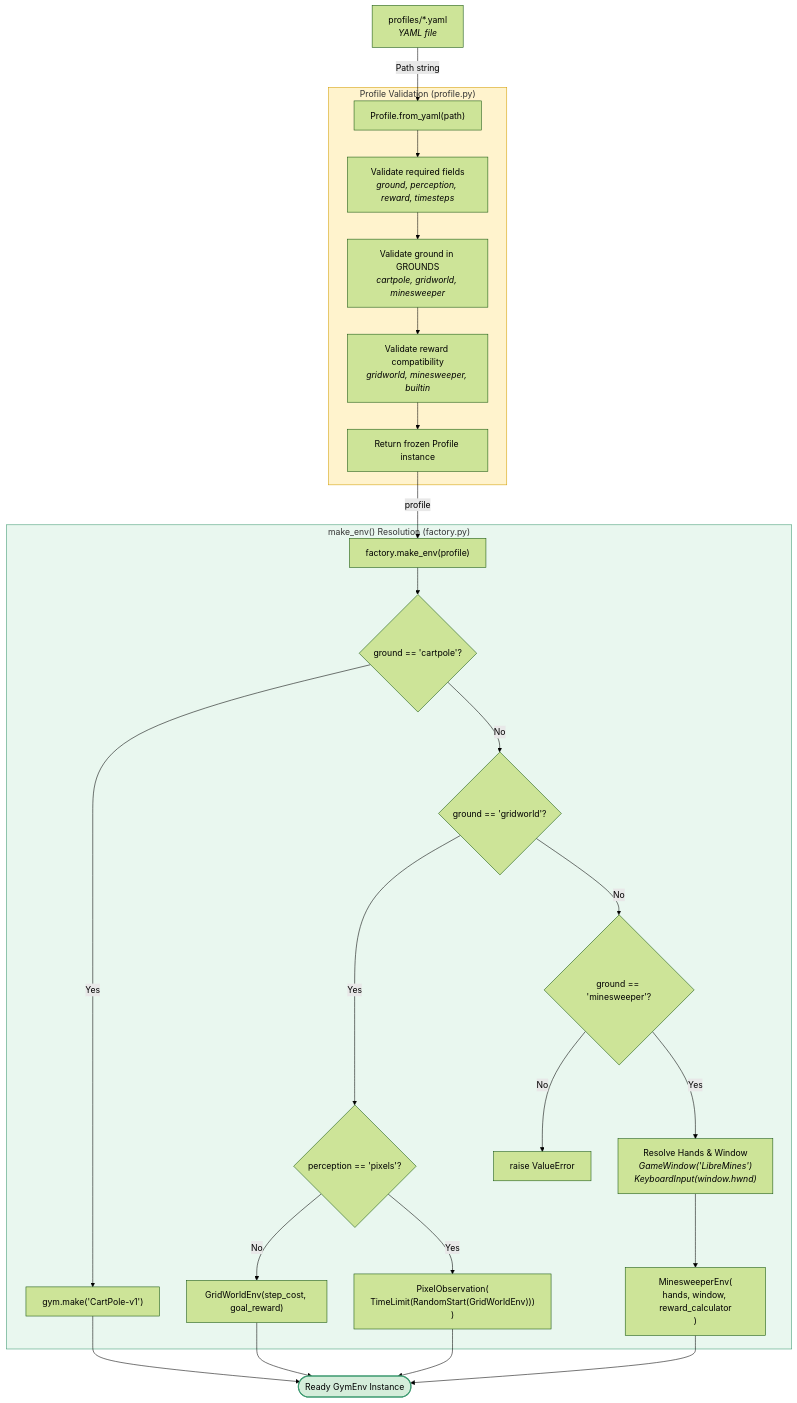
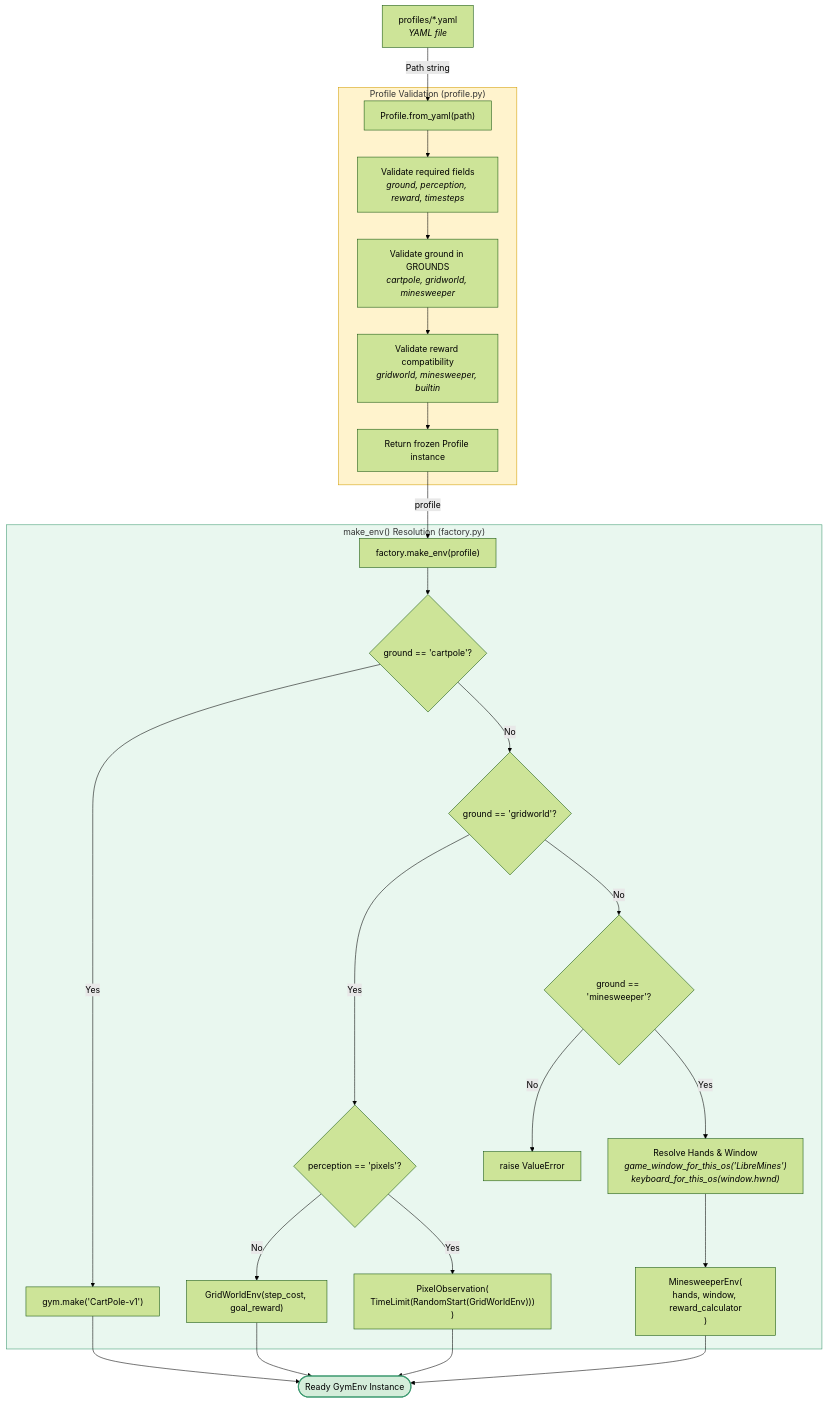
The ninth of 10 diagrams in docs/UML_FULL.md (Showerss/GameTrainer), drawn with Mermaid (forest theme) before and after one commit. The commit also changed other lines of this file and 28 other files, not shown here.

````diff
--- a/docs/UML_FULL.md
+++ b/docs/UML_FULL.md
@@ -603,37 +759,37 @@
 ```mermaid
 flowchart TD
     YAML["profiles/*.yaml<br/><i>YAML file</i>"] -->|"Path string"| FROM_YAML["Profile.from_yaml(path)"]
     
     subgraph VALIDATION["Profile Validation (profile.py)"]
         FROM_YAML --> CHECK_REQ["Validate required fields<br/><i>ground, perception, reward, timesteps</i>"]
         CHECK_REQ --> CHECK_GROUND["Validate ground in GROUNDS<br/><i>cartpole, gridworld, minesweeper</i>"]
         CHECK_GROUND --> CHECK_REWARD["Validate reward compatibility<br/><i>gridworld, minesweeper, builtin</i>"]
         CHECK_REWARD --> PROD_OBJ["Return frozen Profile instance"]
     end
 
     PROD_OBJ -->|"profile"| MAKE_ENV["factory.make_env(profile)"]
 
     subgraph FACTORY_DISPATCH["make_env() Resolution (factory.py)"]
         MAKE_ENV --> C1{"ground == 'cartpole'?"}
         C1 -->|Yes| R_CP["gym.make('CartPole-v1')"]
         C1 -->|No| C2{"ground == 'gridworld'?"}
 
         C2 -->|Yes| C3{"perception == 'pixels'?"}
         C3 -->|No| R_GW["GridWorldEnv(step_cost, goal_reward)"]
         C3 -->|Yes| R_GWP["PixelObservation(<br/>TimeLimit(RandomStart(GridWorldEnv)))<br/>)"]
 
         C2 -->|No| C4{"ground == 'minesweeper'?"}
-        C4 -->|Yes| DISCOVER["Resolve Hands & Window<br/><i>GameWindow('LibreMines')<br/>KeyboardInput(window.hwnd)</i>"]
+        C4 -->|Yes| DISCOVER["Resolve Hands & Window<br/><i>game_window_for_this_os('LibreMines')<br/>keyboard_for_this_os(window.hwnd)</i>"]
         DISCOVER --> R_MS["MinesweeperEnv(<br/>hands, window, reward_calculator<br/>)"]
         C4 -->|No| ERR["raise ValueError"]
     end
 
     R_CP --> OUT(["Ready GymEnv Instance"])
     R_GW --> OUT
     R_GWP --> OUT
     R_MS --> OUT
 
     style VALIDATION fill:#fff3cd,stroke:#d39e00
     style FACTORY_DISPATCH fill:#e9f7ef,stroke:#3d9970
     style OUT fill:#d4edda,stroke:#3d9970,stroke-width:2px
 ```
````
